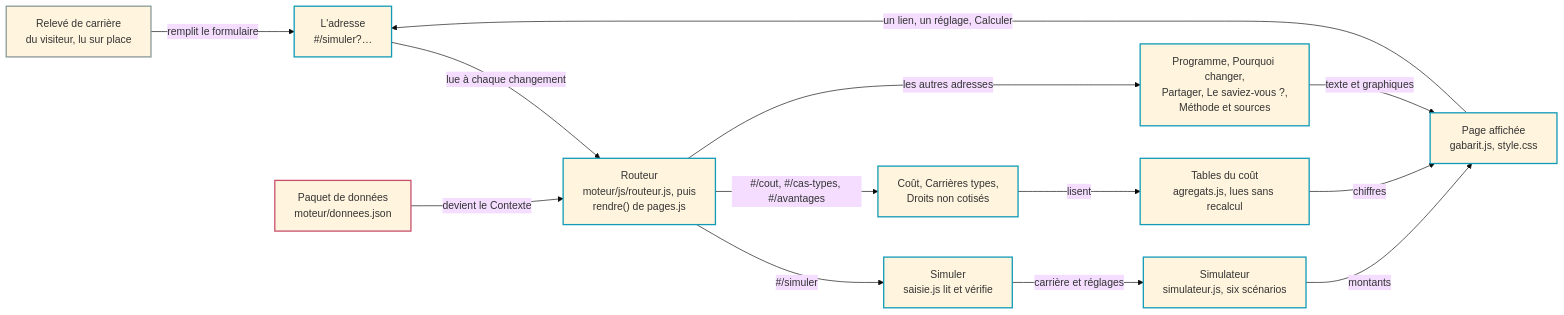
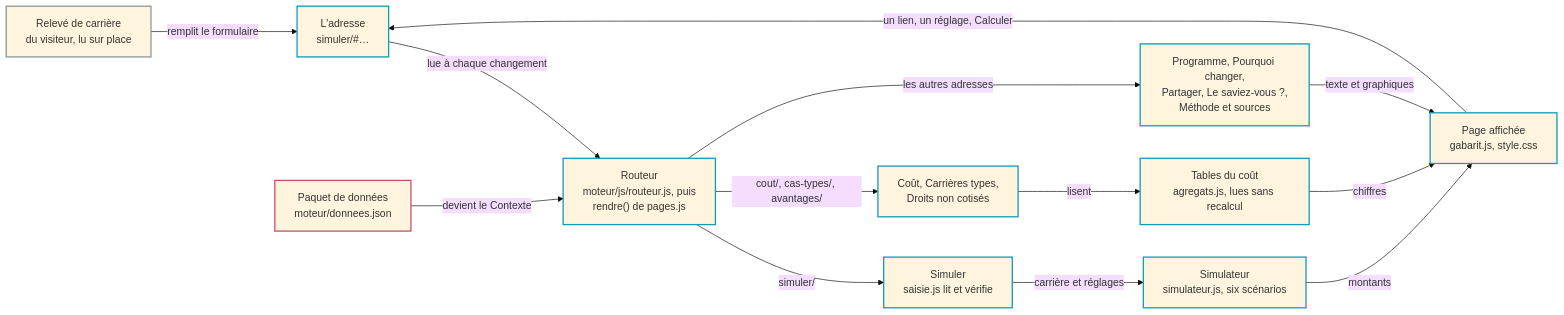
Before and after one commit to g-pliberal/retraitecomptenotionelle: the second of 4 diagrams in docs/carte_du_depot.md, drawn with Mermaid (base theme). The commit also changed other lines of this file and 42 other files, not shown here.

````diff
--- a/docs/carte_du_depot.md
+++ b/docs/carte_du_depot.md
@@ -88,33 +88,33 @@
 ```mermaid
 flowchart LR
-  adresse["L'adresse<br/>#/simuler?…"]
+  adresse["L'adresse<br/>simuler/#…"]
   releve["Relevé de carrière<br/>du visiteur, lu sur place"]
   paquet["Paquet de données<br/>moteur/donnees.json"]
   routeur["Routeur<br/>moteur/js/routeur.js, puis<br/>rendre() de pages.js"]
   simuler["Simuler<br/>saisie.js lit et vérifie"]
   agregees["Coût, Carrières types,<br/>Droits non cotisés"]
   texte["Programme, Pourquoi changer,<br/>Partager, Le saviez-vous ?,<br/>Méthode et sources"]
   simulateur["Simulateur<br/>simulateur.js, six scénarios"]
   agregats["Tables du coût<br/>agregats.js, lues sans recalcul"]
   ecran["Page affichée<br/>gabarit.js, style.css"]
 
   adresse -->|"lue à chaque changement"| routeur
   paquet -->|"devient le Contexte"| routeur
-  routeur -->|"#/simuler"| simuler
-  routeur -->|"#/cout, #/cas-types, #/avantages"| agregees
+  routeur -->|"simuler/"| simuler
+  routeur -->|"cout/, cas-types/, avantages/"| agregees
   routeur -->|"les autres adresses"| texte
   simuler -->|"carrière et réglages"| simulateur
   agregees -->|"lisent"| agregats
   simulateur -->|"montants"| ecran
   agregats -->|"chiffres"| ecran
   texte -->|"texte et graphiques"| ecran
   releve -->|"remplit le formulaire"| adresse
   ecran -->|"un lien, un réglage, Calculer"| adresse
 
   classDef z_dehors stroke:#8a9a97,stroke-width:2px
   classDef z_site stroke:#129bb8,stroke-width:2px
   classDef z_atelier stroke:#c9506d,stroke-width:2px
   class releve z_dehors
   class paquet z_atelier
   class adresse,routeur,simuler,agregees,texte,simulateur,agregats,ecran z_site
 ```
````
